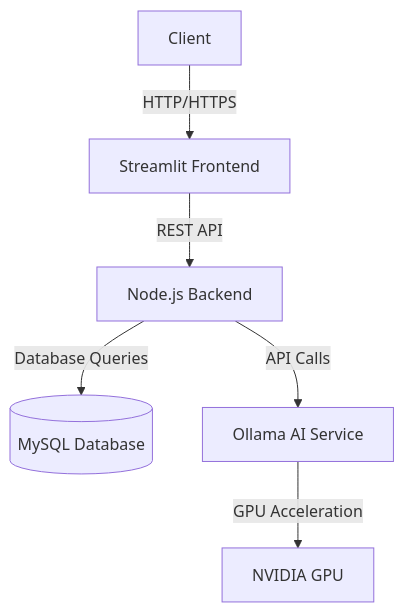
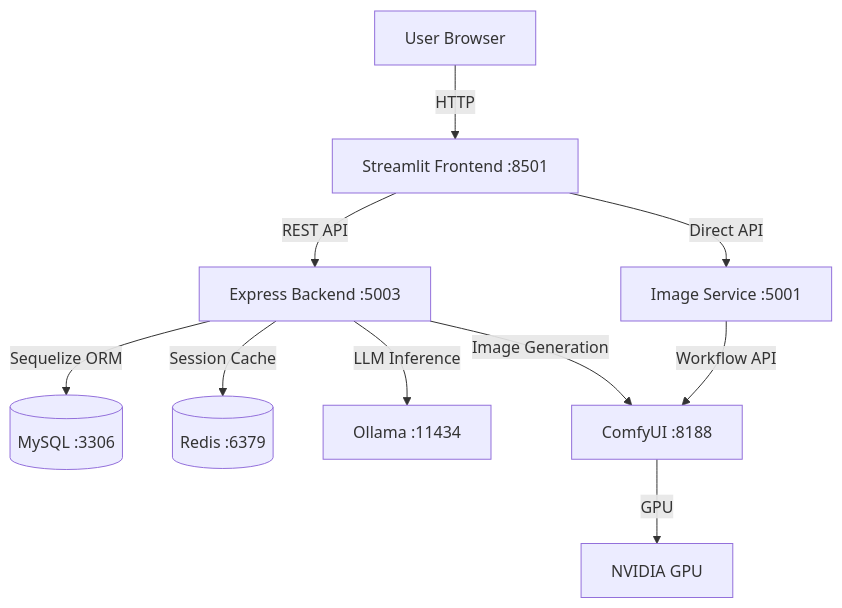
The diagram in documentation/core/02-architecture.md (Vardan57555/garage-builder), drawn with Mermaid before and after one commit. The commit also changed other lines of this file and 13 other files, not shown here.

````diff
--- a/documentation/core/02-architecture.md
+++ b/documentation/core/02-architecture.md
@@ -5,8 +5,12 @@
 ```mermaid
 graph TD
-    A[Client] -->|HTTP/HTTPS| B[Streamlit Frontend]
-    B -->|REST API| C[Node.js Backend]
-    C -->|Database Queries| D[(MySQL Database)]
-    C -->|API Calls| E[Ollama AI Service]
-    E -->|GPU Acceleration| F[NVIDIA GPU]
+    A[User Browser] -->|HTTP| B[Streamlit Frontend :8501]
+    B -->|REST API| C[Express Backend :5003]
+    C -->|Sequelize ORM| D[(MySQL :3306)]
+    C -->|Session Cache| R[(Redis :6379)]
+    C -->|LLM Inference| E[Ollama :11434]
+    C -->|Image Generation| F[ComfyUI :8188]
+    F -->|GPU| G[NVIDIA GPU]
+    B -->|Direct API| H[Image Service :5001]
+    H -->|Workflow API| F
 ```
````
